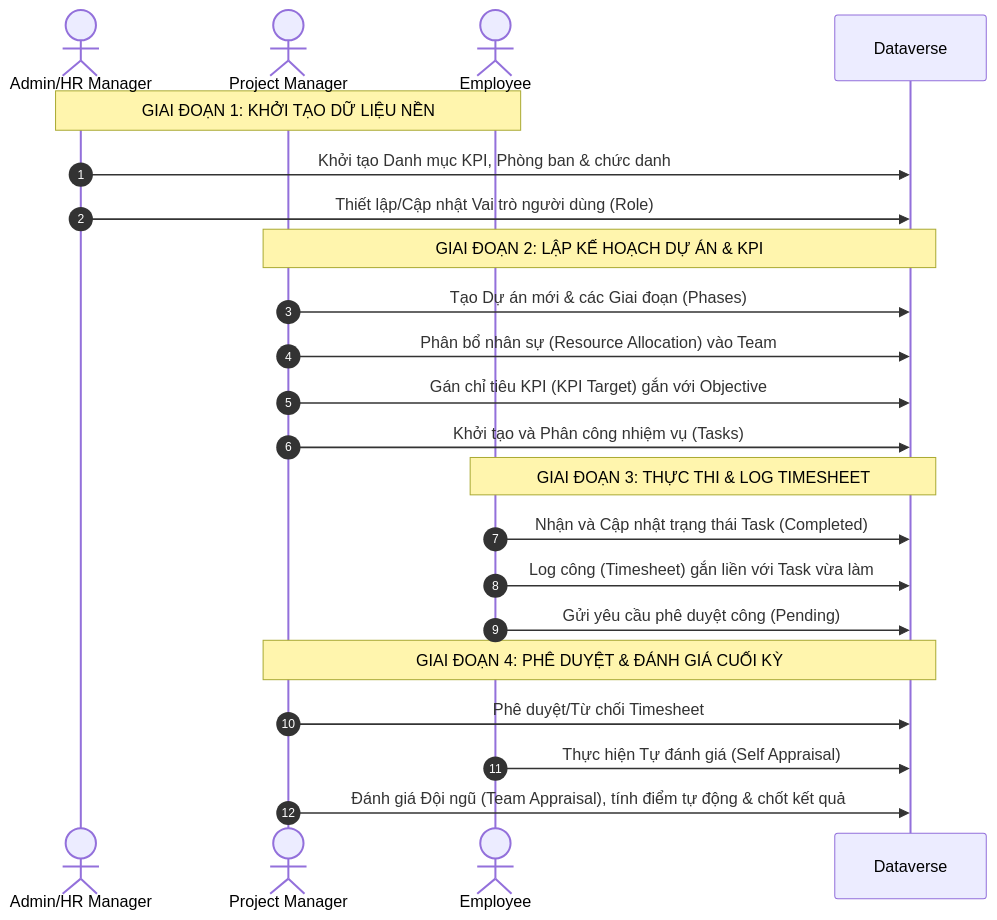
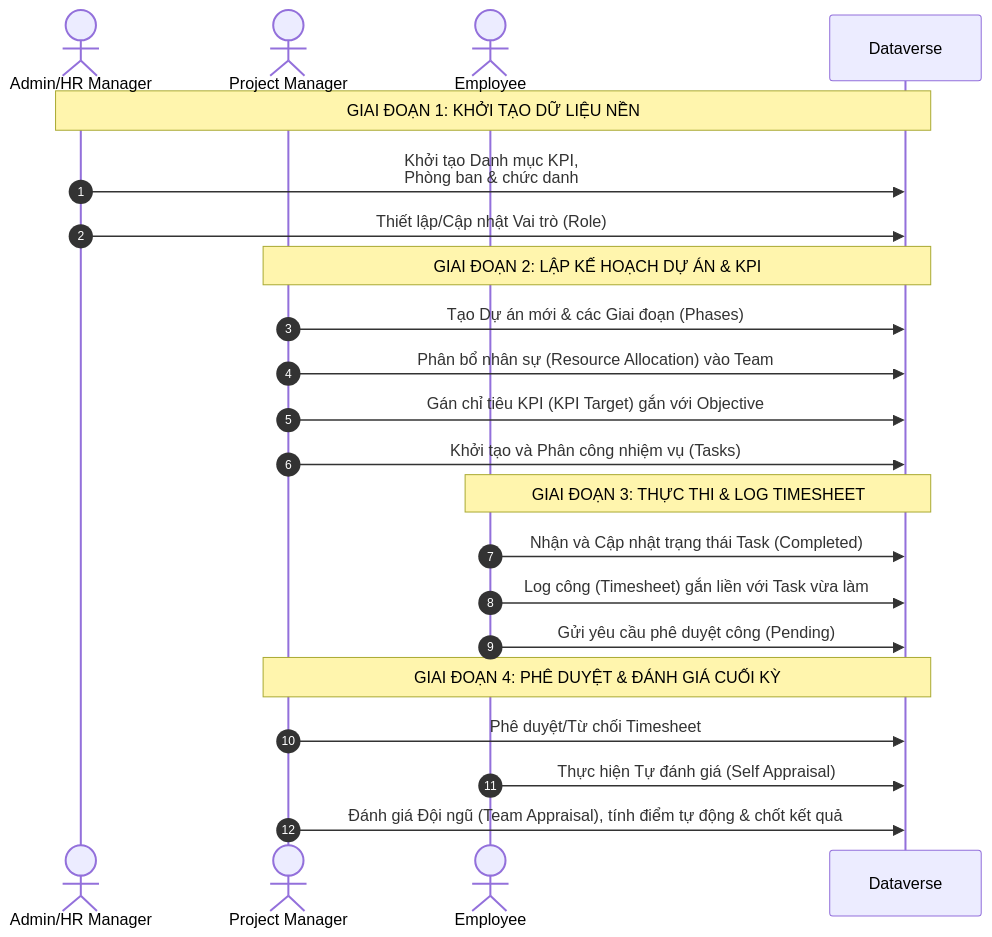
One commit to violetta-org/kpi-management-system changed the diagram in comprehensive_test_plan.md. Above: the diagram before and after it, drawn with Mermaid. The commit also changed 3 other files, not shown here.

Commit message:
fix: sync Project Phase new_status schema and fix markdown diagram

````diff
--- a/comprehensive_test_plan.md
+++ b/comprehensive_test_plan.md
@@ -10,27 +10,28 @@
 ```mermaid
 sequenceDiagram
     autonumber
     actor Admin as Admin/HR Manager
     actor PM as Project Manager
     actor Emp as Employee
+    participant Dataverse
     
-    Note over Admin, Emp: GIAI ĐOẠN 1: KHỞI TẠO DỮ LIỆU NỀN
-    Admin->>Dataverse: Khởi tạo Danh mục KPI, Phòng ban & chức danh
-    Admin->>Dataverse: Thiết lập/Cập nhật Vai trò người dùng (Role)
+    Note over Admin, Dataverse: GIAI ĐOẠN 1: KHỞI TẠO DỮ LIỆU NỀN
+    Admin->>Dataverse: Khởi tạo Danh mục KPI,<br/>Phòng ban & chức danh
+    Admin->>Dataverse: Thiết lập/Cập nhật Vai trò (Role)
     
     Note over PM, Dataverse: GIAI ĐOẠN 2: LẬP KẾ HOẠCH DỰ ÁN & KPI
     PM->>Dataverse: Tạo Dự án mới & các Giai đoạn (Phases)
     PM->>Dataverse: Phân bổ nhân sự (Resource Allocation) vào Team
     PM->>Dataverse: Gán chỉ tiêu KPI (KPI Target) gắn với Objective
     PM->>Dataverse: Khởi tạo và Phân công nhiệm vụ (Tasks)
     
     Note over Emp, Dataverse: GIAI ĐOẠN 3: THỰC THI & LOG TIMESHEET
     Emp->>Dataverse: Nhận và Cập nhật trạng thái Task (Completed)
     Emp->>Dataverse: Log công (Timesheet) gắn liền với Task vừa làm
     Emp->>Dataverse: Gửi yêu cầu phê duyệt công (Pending)
     
     Note over PM, Dataverse: GIAI ĐOẠN 4: PHÊ DUYỆT & ĐÁNH GIÁ CUỐI KỲ
     PM->>Dataverse: Phê duyệt/Từ chối Timesheet
     Emp->>Dataverse: Thực hiện Tự đánh giá (Self Appraisal)
     PM->>Dataverse: Đánh giá Đội ngũ (Team Appraisal), tính điểm tự động & chốt kết quả
 ```
````
